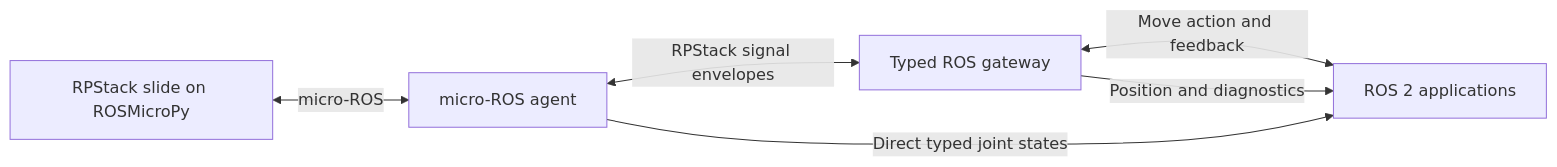
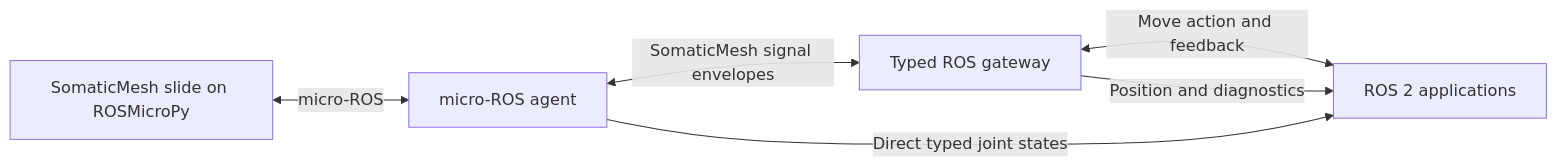
The diagram in docs/content/ros-integration.md (ROSMicroPy/RobotPrimitivesStack), drawn with Mermaid before and after one commit. The commit also changed other lines of this file and 568 other files, not shown here.

Commit message:
Align Somatic Mesh runtime and documentation around Actors and Behaviors

````diff
--- a/docs/content/ros-integration.md
+++ b/docs/content/ros-integration.md
@@ -14,8 +14,8 @@
 ```mermaid
 flowchart LR
-    Device[RPStack slide on ROSMicroPy] <-->|micro-ROS| Agent[micro-ROS agent]
-    Agent <-->|RPStack signal envelopes| Gateway[Typed ROS gateway]
-    Gateway <-->|Move action and feedback| Apps[ROS 2 applications]
-    Agent -->|Direct typed joint states| Apps
-    Gateway -->|Position and diagnostics| Apps
+    Device[SomaticMesh slide on ROSMicroPy] <-->|micro-ROS| Agent[micro-ROS agent]
+    Agent <-->|SomaticMesh signal envelopes| Gateway[Typed ROS gateway]
+    Gateway <-->|Move action and feedback| Actors[ROS 2 applications]
+    Agent -->|Direct typed joint states| Actors
+    Gateway -->|Position and diagnostics| Actors
 ```
````
